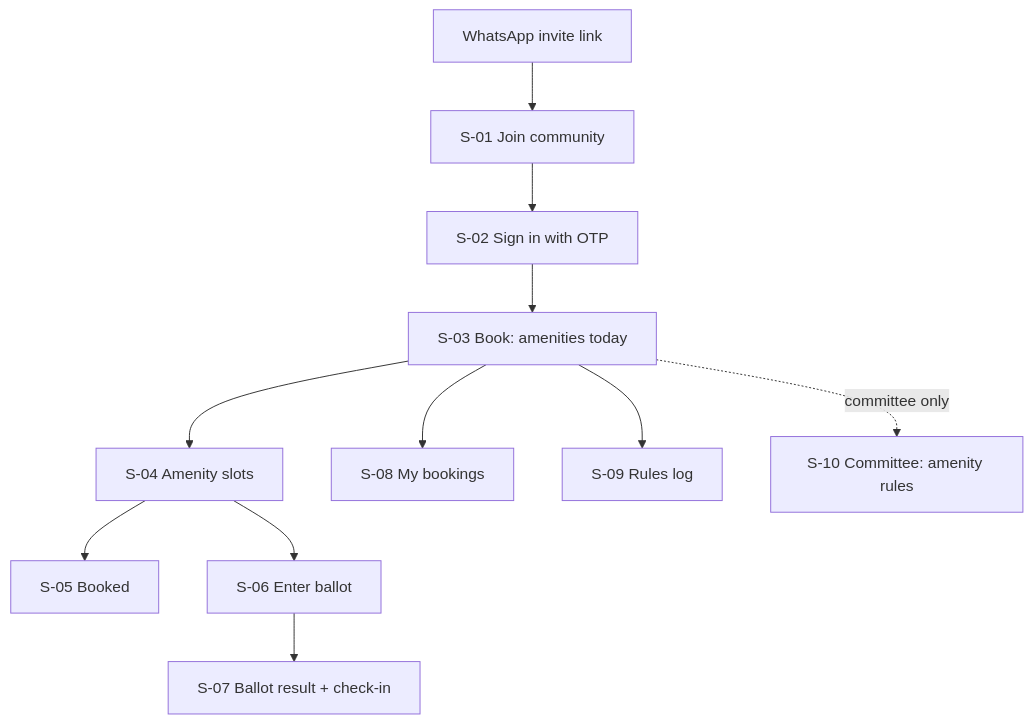
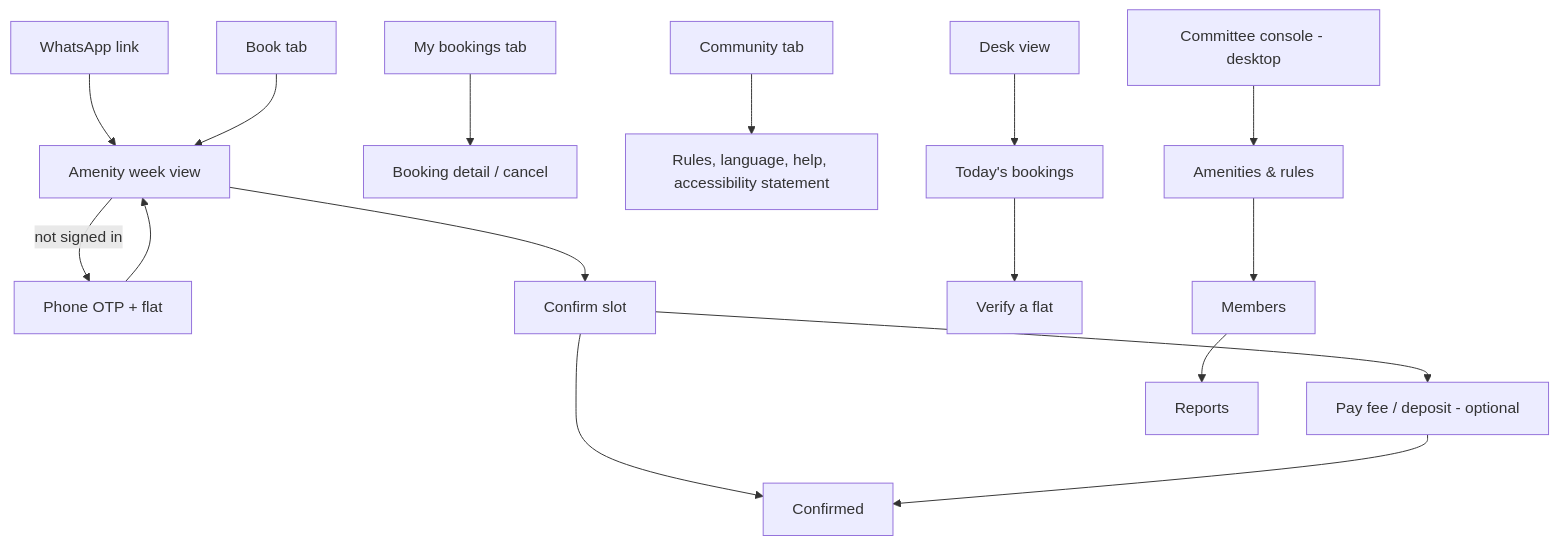
One commit to sairam5294/makerline changed the first of 4 diagrams in examples/idea-pack-clubslot/docs/product/DESIGN_DIRECTION.md. Above: the diagram before and after it, drawn with Mermaid. The commit also changed other lines of this file and 40 other files, not shown here.

````diff
--- a/examples/idea-pack-clubslot/docs/product/DESIGN_DIRECTION.md
+++ b/examples/idea-pack-clubslot/docs/product/DESIGN_DIRECTION.md
@@ -28,13 +29,15 @@
 ```mermaid
 flowchart TD
-  Link[WhatsApp invite link] --> Join[S-01 Join community]
-  Join --> SignIn[S-02 Sign in with OTP]
-  SignIn --> Home[S-03 Book: amenities today]
-  Home --> Slots[S-04 Amenity slots]
-  Slots --> Booked[S-05 Booked]
-  Slots --> Ballot[S-06 Enter ballot]
-  Ballot --> Result[S-07 Ballot result + check-in]
-  Home --> Mine[S-08 My bookings]
-  Home --> Rules[S-09 Rules log]
-  Home -. committee only .-> Admin[S-10 Committee: amenity rules]
+  L[WhatsApp link] --> A[Amenity week view]
+  A -->|not signed in| O[Phone OTP + flat]
+  O --> A
+  A --> B[Confirm slot]
+  B --> P[Pay fee / deposit - optional]
+  B --> S[Confirmed]
+  P --> S
+  H[Book tab] --> A
+  M[My bookings tab] --> D[Booking detail / cancel]
+  C[Community tab] --> R[Rules, language, help, accessibility statement]
+  K[Desk view] --> T[Today's bookings] --> V[Verify a flat]
+  CC[Committee console - desktop] --> AM[Amenities & rules] --> MB[Members] --> RP[Reports]
 ```
````
